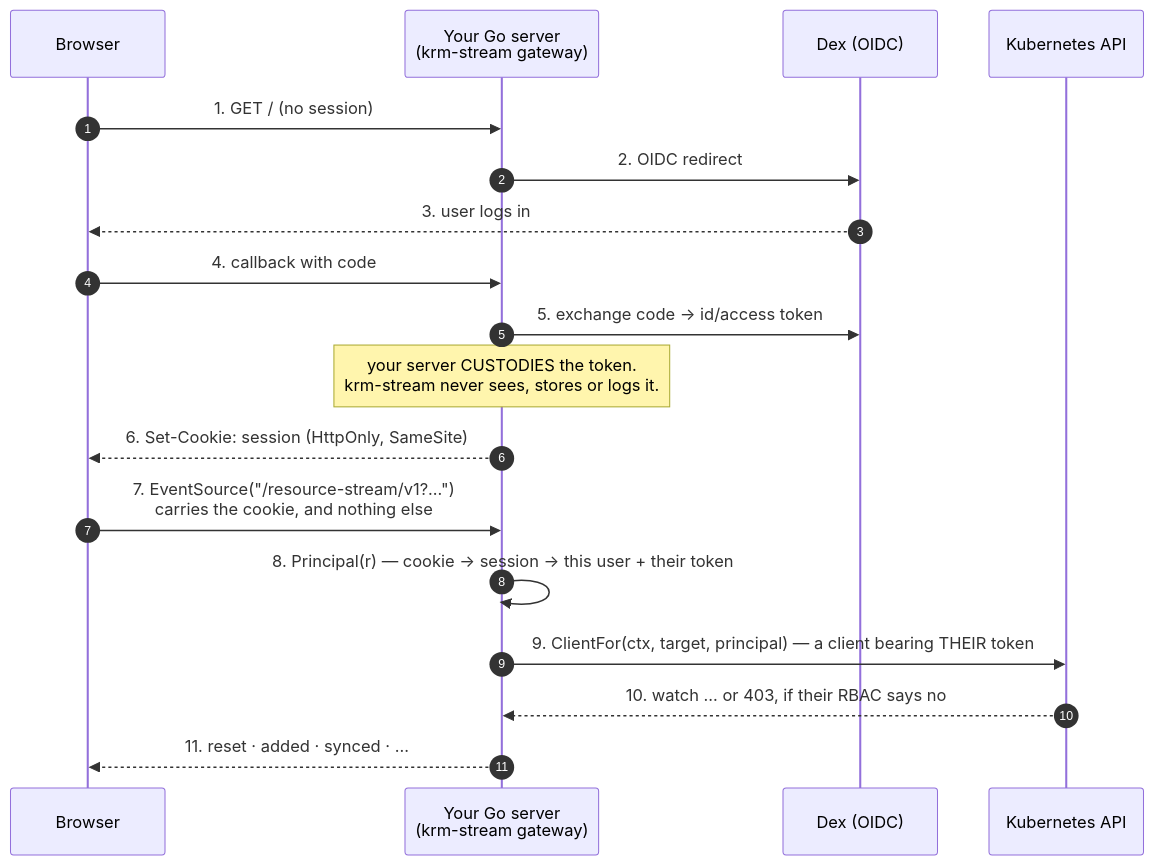
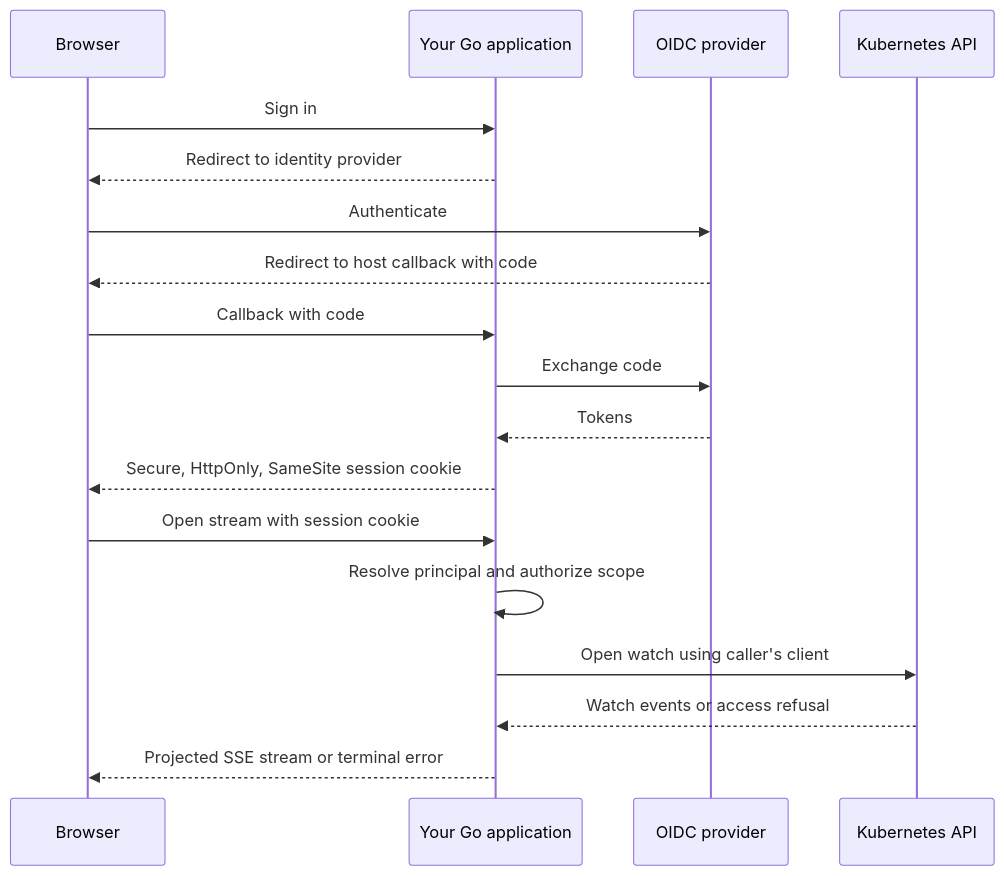
The diagram in docs/auth.md (ConfigButler/krm-stream), drawn with Mermaid before and after one commit. The commit also changed other lines of this file and 35 other files, not shown here.

````diff
--- a/docs/auth.md
+++ b/docs/auth.md
@@ -22,22 +17,20 @@
 ```mermaid
 sequenceDiagram
-    autonumber
     participant B as Browser
-    participant S as Your Go server<br/>(krm-stream gateway)
-    participant D as Dex (OIDC)
+    participant S as Your Go application
+    participant D as OIDC provider
     participant K as Kubernetes API
-
-    B->>S: 1. GET /  (no session)
-    S->>D: 2. OIDC redirect
-    D-->>B: 3. user logs in
-    B->>S: 4. callback with code
-    S->>D: 5. exchange code → id/access token
-    Note over S: your server CUSTODIES the token.<br/>krm-stream never sees, stores or logs it.
-    S-->>B: 6. Set-Cookie: session (HttpOnly, SameSite)
-
-    B->>S: 7. EventSource("/resource-stream/v1?…")<br/>carries the cookie, and nothing else
-    S->>S: 8. Principal(r) — cookie → session → this user + their token
-    S->>K: 9. ClientFor(ctx, target, principal) — a client bearing THEIR token
-    K-->>S: 10. watch … or 403, if their RBAC says no
-    S-->>B: 11. reset · added · synced · …
+    B->>S: Sign in
+    S-->>B: Redirect to identity provider
+    B->>D: Authenticate
+    D-->>B: Redirect to host callback with code
+    B->>S: Callback with code
+    S->>D: Exchange code
+    D-->>S: Tokens
+    S-->>B: Secure, HttpOnly, SameSite session cookie
+    B->>S: Open stream with session cookie
+    S->>S: Resolve principal and authorize scope
+    S->>K: Open watch using caller's client
+    K-->>S: Watch events or access refusal
+    S-->>B: Projected SSE stream or terminal error
 ```
````
